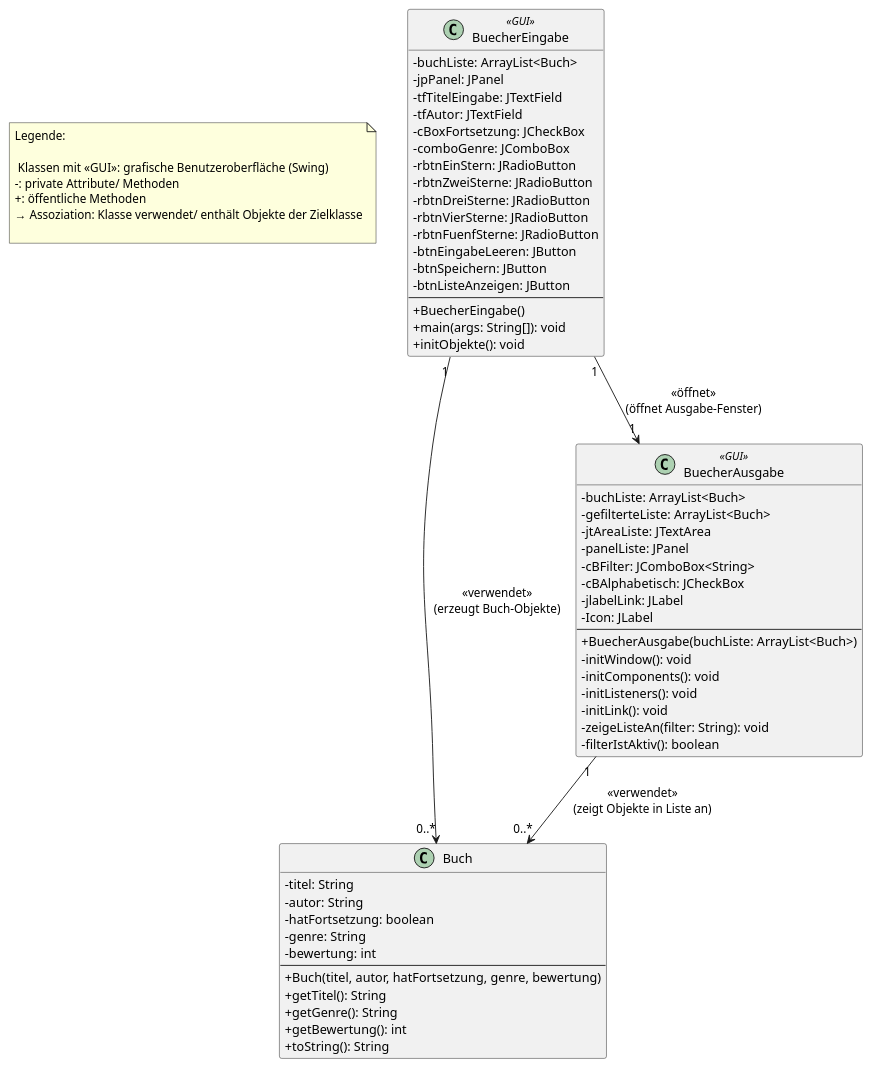
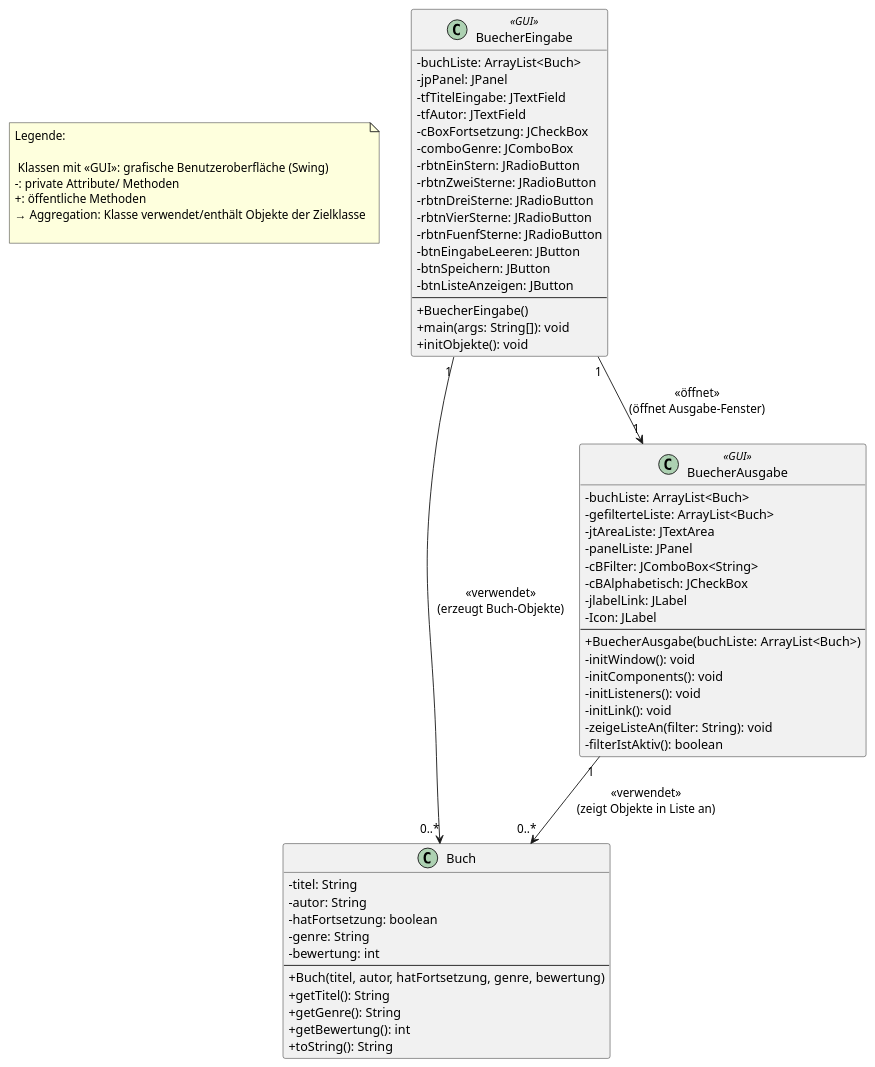
The diagram in src/main/resources/UMLmitGUI.puml (anikasophie/Booktopia_AnikaZoe), drawn with PlantUML before and after one commit. The commit also changed 2 other files, not shown here.

```diff
--- a/src/main/resources/UMLmitGUI.puml
+++ b/src/main/resources/UMLmitGUI.puml
@@ -1,76 +1,76 @@
 @startuml
 skinparam classAttributeIconSize 0
 
 ' Legende als Notiz
 note as L1
 Legende:
 
  Klassen mit «GUI»: grafische Benutzeroberfläche (Swing)
 -: private Attribute/ Methoden
 +: öffentliche Methoden
-→ Assoziation: Klasse verwendet/ enthält Objekte der Zielklasse
+→ Aggregation: Klasse verwendet/enthält Objekte der Zielklasse
 
 end note
 
 class Buch {
   - titel: String
   - autor: String
   - hatFortsetzung: boolean
   - genre: String
   - bewertung: int
   --
   + Buch(titel, autor, hatFortsetzung, genre, bewertung)
   + getTitel(): String
   + getGenre(): String
   + getBewertung(): int
   + toString(): String
 }
 
 class BuecherEingabe <<GUI>> {
   - buchListe: ArrayList<Buch>
   - jpPanel: JPanel
   - tfTitelEingabe: JTextField
   - tfAutor: JTextField
   - cBoxFortsetzung: JCheckBox
   - comboGenre: JComboBox
   - rbtnEinStern: JRadioButton
   - rbtnZweiSterne: JRadioButton
   - rbtnDreiSterne: JRadioButton
   - rbtnVierSterne: JRadioButton
   - rbtnFuenfSterne: JRadioButton
   - btnEingabeLeeren: JButton
   - btnSpeichern: JButton
   - btnListeAnzeigen: JButton
   --
   + BuecherEingabe()
   + main(args: String[]): void
   + initObjekte(): void
 }
 
 class BuecherAusgabe <<GUI>> {
   - buchListe: ArrayList<Buch>
   - gefilterteListe: ArrayList<Buch>
   - jtAreaListe: JTextArea
   - panelListe: JPanel
   - cBFilter: JComboBox<String>
   - cBAlphabetisch: JCheckBox
   - jlabelLink: JLabel
   - Icon: JLabel
   --
   + BuecherAusgabe(buchListe: ArrayList<Buch>)
   - initWindow(): void
   - initComponents(): void
   - initListeners(): void
   - initLink(): void
   - zeigeListeAn(filter: String): void
   - filterIstAktiv(): boolean
 }
 
 ' Beziehungen
 BuecherEingabe "1" --> "0..*" Buch       : «verwendet»\n(erzeugt Buch-Objekte)
 BuecherAusgabe "1" --> "0..*" Buch       : «verwendet»\n(zeigt Objekte in Liste an)
 BuecherEingabe "1" --> "1" BuecherAusgabe : «öffnet»\n(öffnet Ausgabe-Fenster)
 
 
 
 @enduml
```
